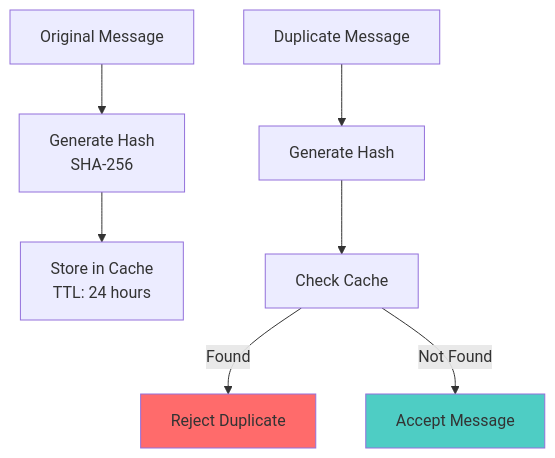
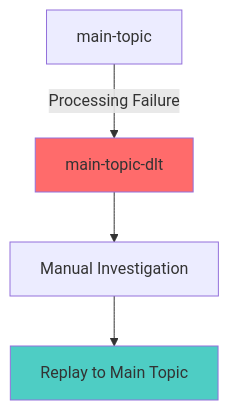
One commit to vorrawut/KafkaStarter changed the sixth of 9 diagrams in class/workshop/lesson_9/README.md. Above: the diagram before and after it, drawn with Mermaid. The commit also changed other lines of this file and 204 other files, not shown here.

````diff
--- a/class/workshop/lesson_9/README.md
+++ b/class/workshop/lesson_9/README.md
@@ -142,13 +145,9 @@
 ```mermaid
 graph TB
-    MESSAGE[Original Message] --> HASH[Generate Hash<br/>SHA-256]
-    HASH --> STORE[Store in Cache<br/>TTL: 24 hours]
+    MAIN[main-topic] -->|Processing Failure| DLT[main-topic-dlt]
+    DLT --> MANUAL[Manual Investigation]
+    MANUAL --> REPLAY[Replay to Main Topic]
     
-    DUPLICATE[Duplicate Message] --> HASH2[Generate Hash]
-    HASH2 --> CHECK[Check Cache]
-    CHECK -->|Found| REJECT[Reject Duplicate]
-    CHECK -->|Not Found| ACCEPT[Accept Message]
-    
-    style REJECT fill:#ff6b6b
-    style ACCEPT fill:#4ecdc4
+    style DLT fill:#ff6b6b
+    style REPLAY fill:#4ecdc4
 ```
````
